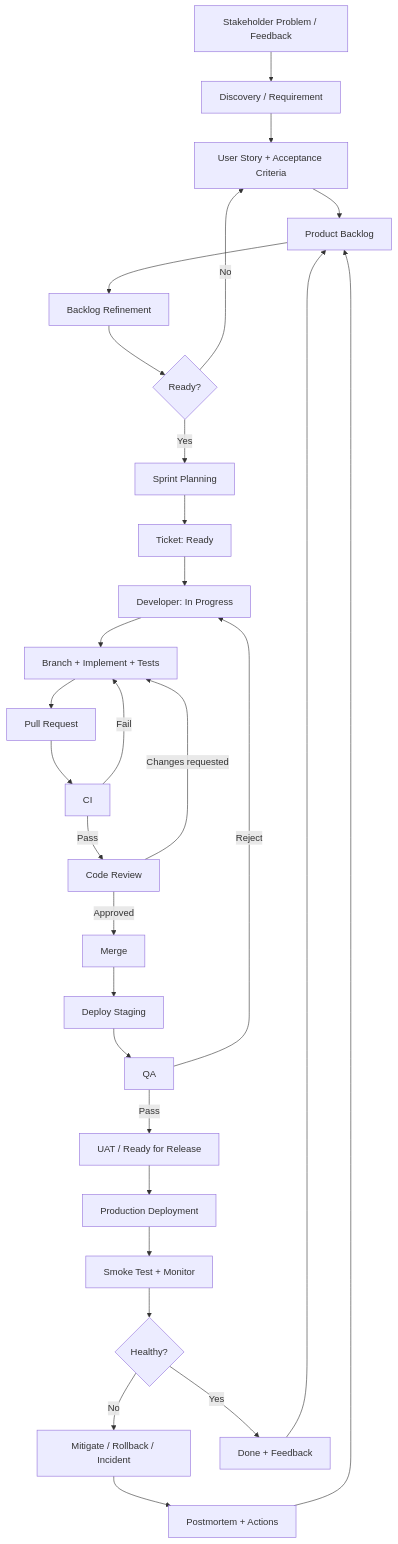
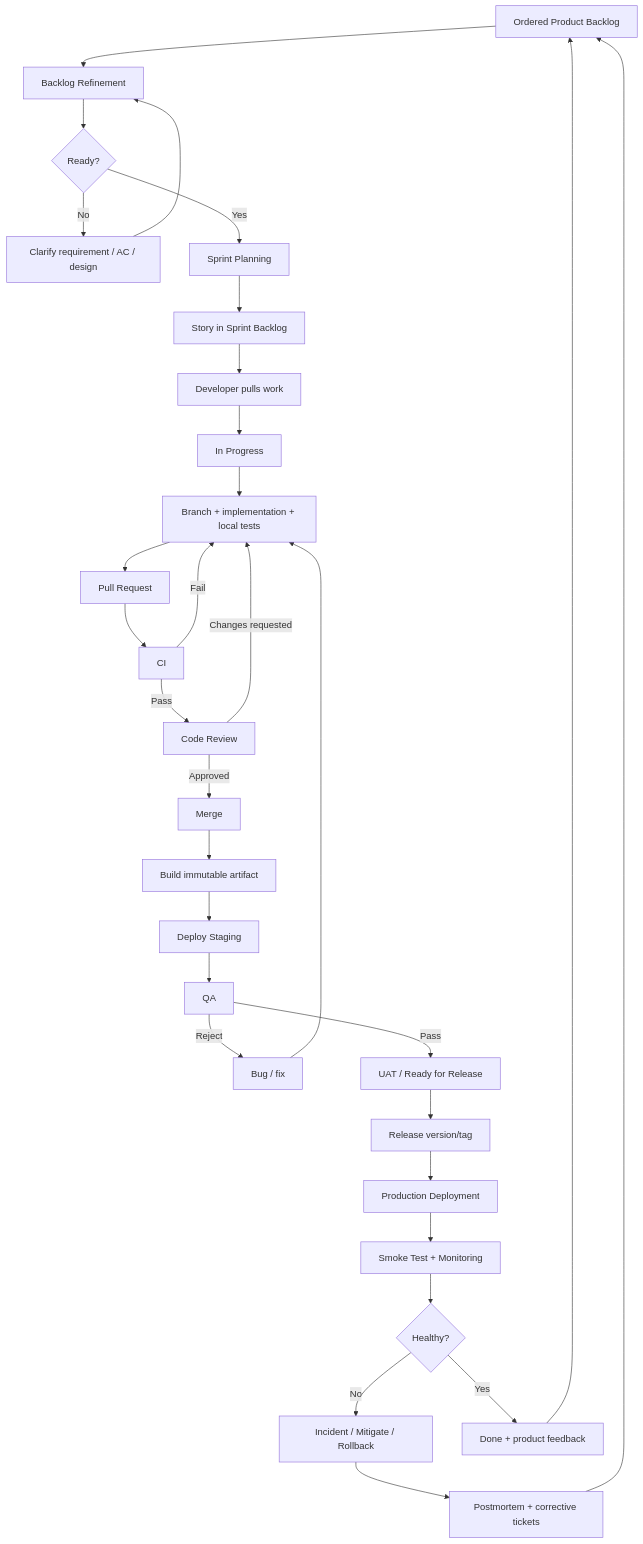
One commit to luubinhdeptrai/Personal-Repo changed diagram 20 of 20 in Software_Company_Development_Workflow.md. Above: the diagram before and after it, drawn with Mermaid. The commit also changed other lines of this file, not shown here.

````diff
--- a/Software_Company_Development_Workflow.md
+++ b/Software_Company_Development_Workflow.md
@@ -2120,31 +5975,33 @@
 ```mermaid
 flowchart TD
-    A[Stakeholder Problem / Feedback] --> B[Discovery / Requirement]
-    B --> C[User Story + Acceptance Criteria]
-    C --> D[Product Backlog]
-    D --> E[Backlog Refinement]
-    E --> F{Ready?}
-    F -->|No| C
-    F -->|Yes| G[Sprint Planning]
-    G --> H[Ticket: Ready]
-    H --> I[Developer: In Progress]
-    I --> J[Branch + Implement + Tests]
-    J --> K[Pull Request]
-    K --> L[CI]
-    L -->|Fail| J
-    L -->|Pass| M[Code Review]
-    M -->|Changes requested| J
-    M -->|Approved| N[Merge]
+    A[Ordered Product Backlog] --> B[Backlog Refinement]
+    B --> C{Ready?}
+    C -->|No| D[Clarify requirement / AC / design]
+    D --> B
+    C -->|Yes| E[Sprint Planning]
+    E --> F[Story in Sprint Backlog]
+    F --> G[Developer pulls work]
+    G --> H[In Progress]
+    H --> I[Branch + implementation + local tests]
+    I --> J[Pull Request]
+    J --> K[CI]
+    K -->|Fail| I
+    K -->|Pass| L[Code Review]
+    L -->|Changes requested| I
+    L -->|Approved| M[Merge]
+    M --> N[Build immutable artifact]
     N --> O[Deploy Staging]
     O --> P[QA]
-    P -->|Reject| I
-    P -->|Pass| Q[UAT / Ready for Release]
-    Q --> R[Production Deployment]
-    R --> S[Smoke Test + Monitor]
-    S --> T{Healthy?}
-    T -->|No| U[Mitigate / Rollback / Incident]
-    U --> V[Postmortem + Actions]
-    V --> D
-    T -->|Yes| W[Done + Feedback]
-    W --> D
+    P -->|Reject| Q[Bug / fix]
+    Q --> I
+    P -->|Pass| R[UAT / Ready for Release]
+    R --> S[Release version/tag]
+    S --> T[Production Deployment]
+    T --> U[Smoke Test + Monitoring]
+    U --> V{Healthy?}
+    V -->|No| W[Incident / Mitigate / Rollback]
+    W --> X[Postmortem + corrective tickets]
+    X --> A
+    V -->|Yes| Y[Done + product feedback]
+    Y --> A
 ```
````
